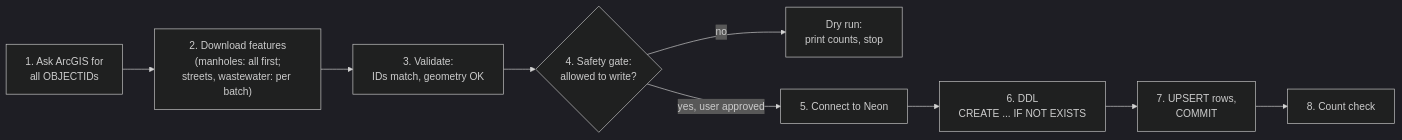
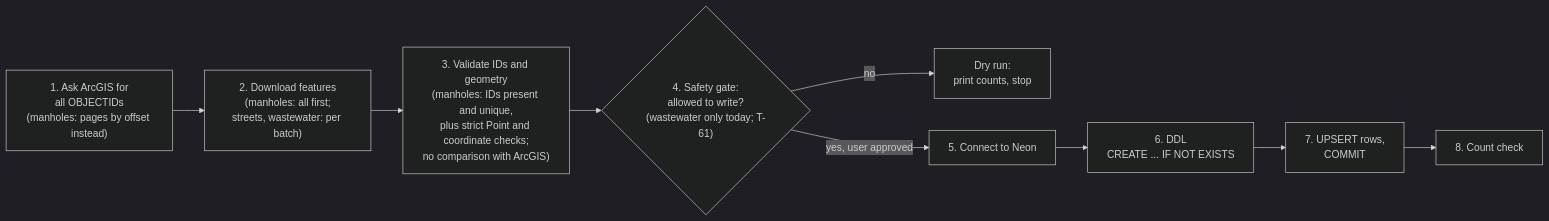
One commit to adrianfarhat/orlando-infrastructure-etl changed the first of 5 diagrams in docs/architecture/etl-workflow.md. Above: the diagram before and after it, drawn with Mermaid (dark theme). The commit also changed other lines of this file and 1 other file, not shown here.

Commit message:
Correct ETL common-pattern diagram and clarify wave notes from accuracy audit

````diff
--- a/docs/architecture/etl-workflow.md
+++ b/docs/architecture/etl-workflow.md
@@ -29,12 +29,12 @@
 ```mermaid
 flowchart LR
   %% diagram-type: process
-  A["1. Ask ArcGIS for<br/>all OBJECTIDs"] --> B["2. Download features<br/>(manholes: all first;<br/>streets, wastewater: per batch)"]
-  B --> C["3. Validate:<br/>IDs match, geometry OK"]
-  C --> D{"4. Safety gate:<br/>allowed to write?"}
+  A["1. Ask ArcGIS for<br/>all OBJECTIDs<br/>(manholes: pages by offset instead)"] --> B["2. Download features<br/>(manholes: all first;<br/>streets, wastewater: per batch)"]
+  B --> C["3. Validate IDs and geometry<br/>(manholes: IDs present and unique,<br/>plus strict Point and coordinate checks;<br/>no comparison with ArcGIS)"]
+  C --> D{"4. Safety gate:<br/>allowed to write?<br/>(wastewater only today; T-61)"}
   D -->|"no"| E["Dry run:<br/>print counts, stop"]
   D -->|"yes, user approved"| F["5. Connect to Neon"]
   F --> G["6. DDL<br/>CREATE ... IF NOT EXISTS"]
   G --> H["7. UPSERT rows,<br/>COMMIT"]
   H --> I["8. Count check"]
 ```
````
